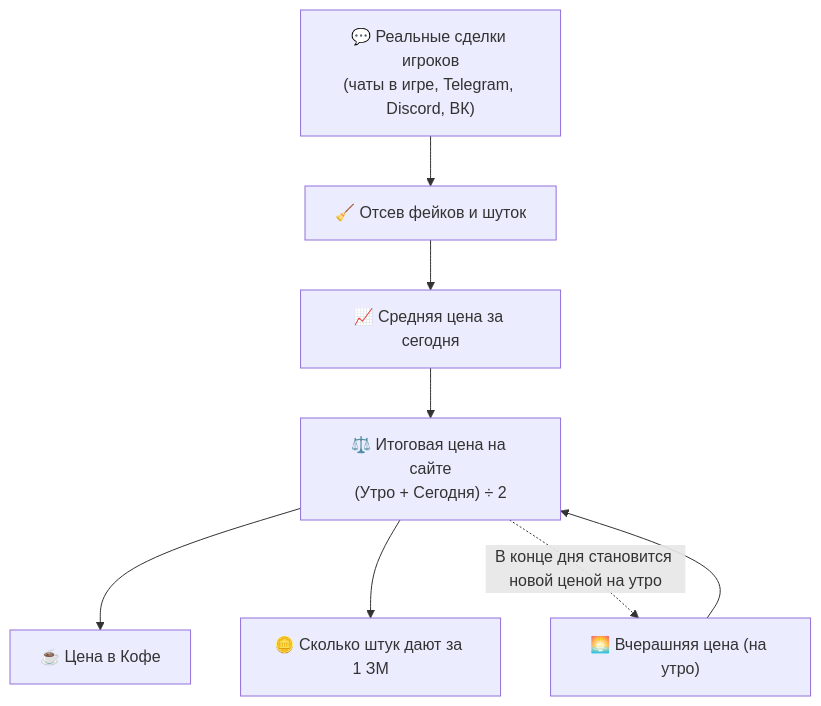
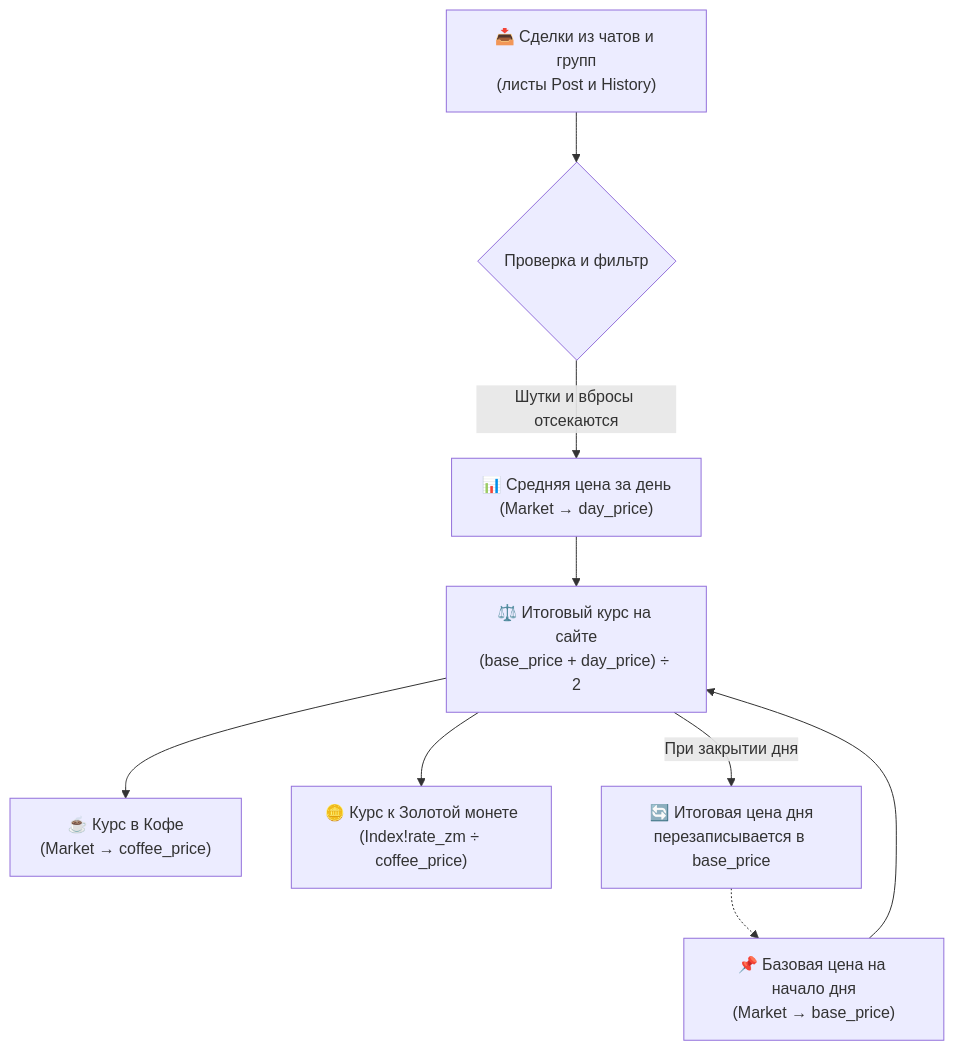
One commit to Daedalusie/RR4-Barter changed the diagram in README.md. Above: the diagram before and after it, drawn with Mermaid. The commit also changed other lines of this file, not shown here.

````diff
--- a/README.md
+++ b/README.md
@@ -35,10 +35,11 @@
 ```mermaid
 flowchart TD
-    A["💬 Реальные сделки игроков<br/>(чаты в игре, Telegram, Discord, ВК)"] --> B["🧹 Отсев фейков и шуток"]
-    B --> C["📈 Средняя цена за сегодня"]
-    D["🌅 Вчерашняя цена (на утро)"] --> E["⚖️ Итоговая цена на сайте<br/>(Утро + Сегодня) ÷ 2"]
+    A["📥 Сделки из чатов и групп<br/>(листы Post и History)"] --> B{"Проверка и фильтр"}
+    B -->|Шутки и вбросы отсекаются| C["📊 Средняя цена за день<br/>(Market → day_price)"]
+    D["📌 Базовая цена на начало дня<br/>(Market → base_price)"] --> E["⚖️ Итоговый курс на сайте<br/>(base_price + day_price) ÷ 2"]
     C --> E
-    E --> F["☕ Цена в Кофе"]
-    E --> G["🪙 Сколько штук дают за 1 ЗМ"]
-    E -.->|В конце дня становится новой ценой на утро| D
+    E --> F["☕ Курс в Кофе<br/>(Market → coffee_price)"]
+    E --> G["🪙 Курс к Золотой монете<br/>(Index!rate_zm ÷ coffee_price)"]
+    E -->|При закрытии дня| H["🔄 Итоговая цена дня<br/>перезаписывается в base_price"]
+    H -.-> D
 ```
````
